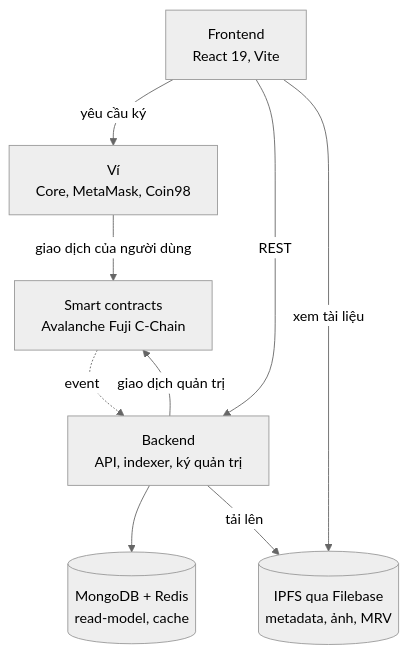
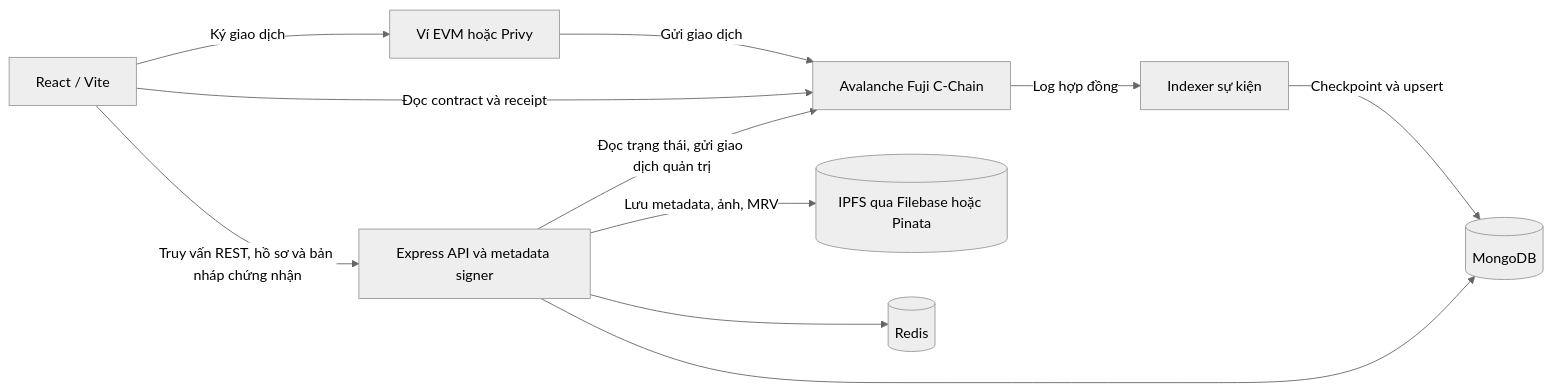
Before and after one commit to MasonTahieu/SALX-Avalanche: the diagram in README.md, drawn with Mermaid (neutral theme). The commit also changed other lines of this file, not shown here.

````diff
--- a/README.md
+++ b/README.md
@@ -42,18 +35,22 @@
 ```mermaid
-flowchart TB
-    FE["Frontend<br/>React 19, Vite"]
-    Wallet["Ví<br/>Core, MetaMask, Coin98"]
-    Backend["Backend<br/>API, indexer, ký quản trị"]
-    Chain["Smart contracts<br/>Avalanche Fuji C-Chain"]
-    DB[("MongoDB + Redis<br/>read-model, cache")]
-    IPFS[("IPFS qua Filebase<br/>metadata, ảnh, MRV")]
+flowchart LR
+    UI["React / Vite"]
+    Wallet["Ví EVM hoặc Privy"]
+    API["Express API và metadata signer"]
+    Indexer["Indexer sự kiện"]
+    Chain["Avalanche Fuji C-Chain"]
+    IPFS[("IPFS qua Filebase hoặc Pinata")]
+    DB[("MongoDB")]
+    Cache[("Redis")]
 
-    FE -->|"yêu cầu ký"| Wallet
-    Wallet -->|"giao dịch của người dùng"| Chain
-    FE -->|"REST"| Backend
-    FE -->|"xem tài liệu"| IPFS
-    Backend -->|"giao dịch quản trị"| Chain
-    Chain -.->|"event"| Backend
-    Backend --> DB
-    Backend -->|"tải lên"| IPFS
+    UI -->|"Ký giao dịch"| Wallet
+    Wallet -->|"Gửi giao dịch"| Chain
+    UI -->|"Đọc contract và receipt"| Chain
+    UI -->|"Truy vấn REST, hồ sơ và bản nháp chứng nhận"| API
+    API -->|"Lưu metadata, ảnh, MRV"| IPFS
+    API -->|"Đọc trạng thái, gửi giao dịch quản trị"| Chain
+    Chain -->|"Log hợp đồng"| Indexer
+    Indexer -->|"Checkpoint và upsert"| DB
+    API --> DB
+    API --> Cache
 ```
````
